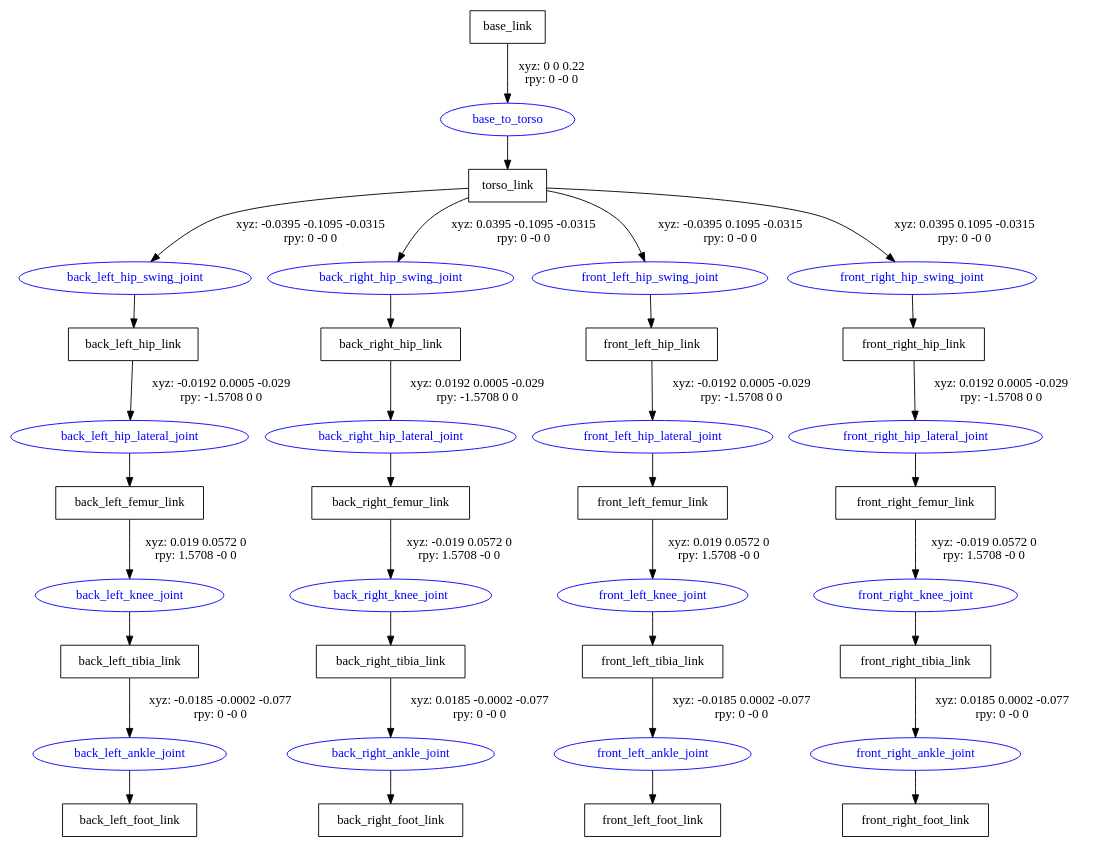
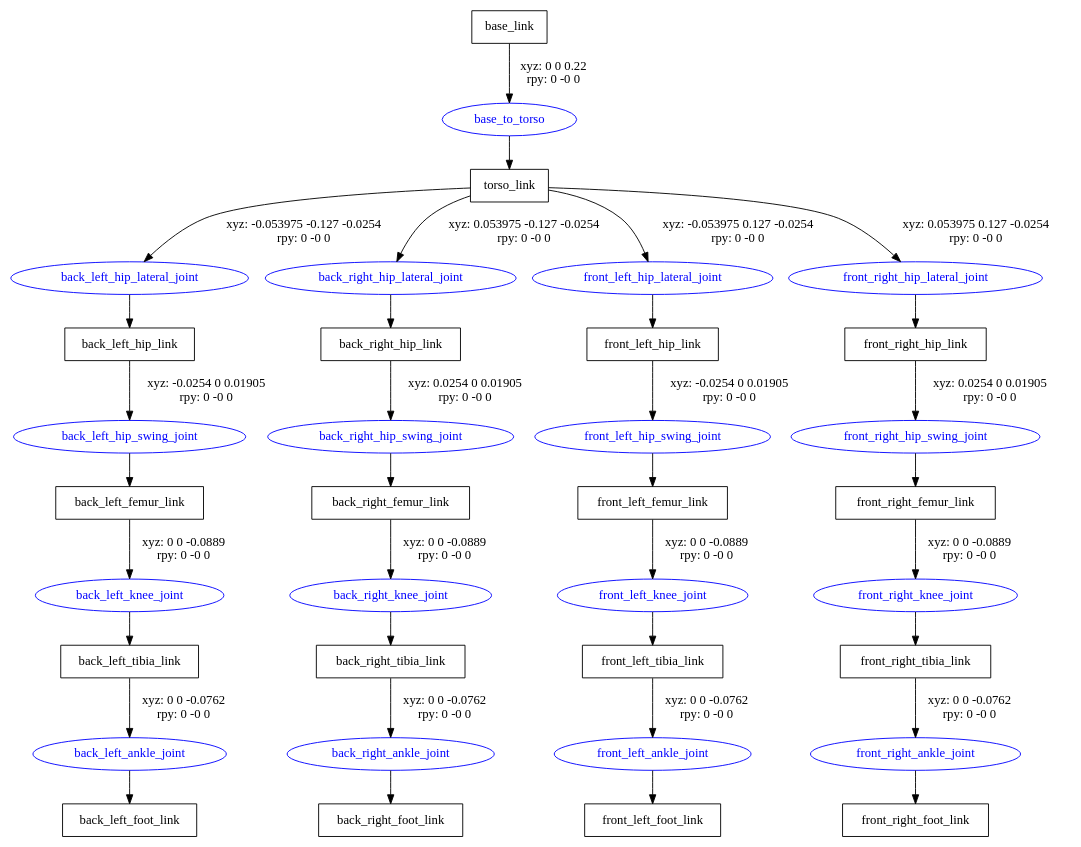
The diagram in src/qp4_description/qp4.gv (sjwaller/ros-qp4), drawn with Graphviz before and after one commit. The commit also changed 10 other files, not shown here.

```diff
--- a/src/qp4_description/qp4.gv
+++ b/src/qp4_description/qp4.gv
@@ -1,56 +1,56 @@
 digraph G {
 node [shape=box];
 "base_link" [label="base_link"];
 "torso_link" [label="torso_link"];
 "back_left_hip_link" [label="back_left_hip_link"];
 "back_left_femur_link" [label="back_left_femur_link"];
 "back_left_tibia_link" [label="back_left_tibia_link"];
 "back_left_foot_link" [label="back_left_foot_link"];
 "back_right_hip_link" [label="back_right_hip_link"];
 "back_right_femur_link" [label="back_right_femur_link"];
 "back_right_tibia_link" [label="back_right_tibia_link"];
 "back_right_foot_link" [label="back_right_foot_link"];
 "front_left_hip_link" [label="front_left_hip_link"];
 "front_left_femur_link" [label="front_left_femur_link"];
 "front_left_tibia_link" [label="front_left_tibia_link"];
 "front_left_foot_link" [label="front_left_foot_link"];
 "front_right_hip_link" [label="front_right_hip_link"];
 "front_right_femur_link" [label="front_right_femur_link"];
 "front_right_tibia_link" [label="front_right_tibia_link"];
 "front_right_foot_link" [label="front_right_foot_link"];
 node [shape=ellipse, color=blue, fontcolor=blue];
 "base_link" -> "base_to_torso" [label="xyz: 0 0 0.22 \nrpy: 0 -0 0"]
 "base_to_torso" -> "torso_link"
-"torso_link" -> "back_left_hip_swing_joint" [label="xyz: -0.0395 -0.1095 -0.0315 \nrpy: 0 -0 0"]
-"back_left_hip_swing_joint" -> "back_left_hip_link"
-"back_left_hip_link" -> "back_left_hip_lateral_joint" [label="xyz: -0.0192 0.0005 -0.029 \nrpy: -1.5708 0 0"]
-"back_left_hip_lateral_joint" -> "back_left_femur_link"
-"back_left_femur_link" -> "back_left_knee_joint" [label="xyz: 0.019 0.0572 0 \nrpy: 1.5708 -0 0"]
+"torso_link" -> "back_left_hip_lateral_joint" [label="xyz: -0.053975 -0.127 -0.0254 \nrpy: 0 -0 0"]
+"back_left_hip_lateral_joint" -> "back_left_hip_link"
+"back_left_hip_link" -> "back_left_hip_swing_joint" [label="xyz: -0.0254 0 0.01905 \nrpy: 0 -0 0"]
+"back_left_hip_swing_joint" -> "back_left_femur_link"
+"back_left_femur_link" -> "back_left_knee_joint" [label="xyz: 0 0 -0.0889 \nrpy: 0 -0 0"]
 "back_left_knee_joint" -> "back_left_tibia_link"
-"back_left_tibia_link" -> "back_left_ankle_joint" [label="xyz: -0.0185 -0.0002 -0.077 \nrpy: 0 -0 0"]
+"back_left_tibia_link" -> "back_left_ankle_joint" [label="xyz: 0 0 -0.0762 \nrpy: 0 -0 0"]
 "back_left_ankle_joint" -> "back_left_foot_link"
-"torso_link" -> "back_right_hip_swing_joint" [label="xyz: 0.0395 -0.1095 -0.0315 \nrpy: 0 -0 0"]
-"back_right_hip_swing_joint" -> "back_right_hip_link"
-"back_right_hip_link" -> "back_right_hip_lateral_joint" [label="xyz: 0.0192 0.0005 -0.029 \nrpy: -1.5708 0 0"]
-"back_right_hip_lateral_joint" -> "back_right_femur_link"
-"back_right_femur_link" -> "back_right_knee_joint" [label="xyz: -0.019 0.0572 0 \nrpy: 1.5708 -0 0"]
+"torso_link" -> "back_right_hip_lateral_joint" [label="xyz: 0.053975 -0.127 -0.0254 \nrpy: 0 -0 0"]
+"back_right_hip_lateral_joint" -> "back_right_hip_link"
+"back_right_hip_link" -> "back_right_hip_swing_joint" [label="xyz: 0.0254 0 0.01905 \nrpy: 0 -0 0"]
+"back_right_hip_swing_joint" -> "back_right_femur_link"
+"back_right_femur_link" -> "back_right_knee_joint" [label="xyz: 0 0 -0.0889 \nrpy: 0 -0 0"]
 "back_right_knee_joint" -> "back_right_tibia_link"
-"back_right_tibia_link" -> "back_right_ankle_joint" [label="xyz: 0.0185 -0.0002 -0.077 \nrpy: 0 -0 0"]
+"back_right_tibia_link" -> "back_right_ankle_joint" [label="xyz: 0 0 -0.0762 \nrpy: 0 -0 0"]
 "back_right_ankle_joint" -> "back_right_foot_link"
-"torso_link" -> "front_left_hip_swing_joint" [label="xyz: -0.0395 0.1095 -0.0315 \nrpy: 0 -0 0"]
-"front_left_hip_swing_joint" -> "front_left_hip_link"
-"front_left_hip_link" -> "front_left_hip_lateral_joint" [label="xyz: -0.0192 0.0005 -0.029 \nrpy: -1.5708 0 0"]
-"front_left_hip_lateral_joint" -> "front_left_femur_link"
-"front_left_femur_link" -> "front_left_knee_joint" [label="xyz: 0.019 0.0572 0 \nrpy: 1.5708 -0 0"]
+"torso_link" -> "front_left_hip_lateral_joint" [label="xyz: -0.053975 0.127 -0.0254 \nrpy: 0 -0 0"]
+"front_left_hip_lateral_joint" -> "front_left_hip_link"
+"front_left_hip_link" -> "front_left_hip_swing_joint" [label="xyz: -0.0254 0 0.01905 \nrpy: 0 -0 0"]
+"front_left_hip_swing_joint" -> "front_left_femur_link"
+"front_left_femur_link" -> "front_left_knee_joint" [label="xyz: 0 0 -0.0889 \nrpy: 0 -0 0"]
 "front_left_knee_joint" -> "front_left_tibia_link"
-"front_left_tibia_link" -> "front_left_ankle_joint" [label="xyz: -0.0185 0.0002 -0.077 \nrpy: 0 -0 0"]
+"front_left_tibia_link" -> "front_left_ankle_joint" [label="xyz: 0 0 -0.0762 \nrpy: 0 -0 0"]
 "front_left_ankle_joint" -> "front_left_foot_link"
-"torso_link" -> "front_right_hip_swing_joint" [label="xyz: 0.0395 0.1095 -0.0315 \nrpy: 0 -0 0"]
-"front_right_hip_swing_joint" -> "front_right_hip_link"
-"front_right_hip_link" -> "front_right_hip_lateral_joint" [label="xyz: 0.0192 0.0005 -0.029 \nrpy: -1.5708 0 0"]
-"front_right_hip_lateral_joint" -> "front_right_femur_link"
-"front_right_femur_link" -> "front_right_knee_joint" [label="xyz: -0.019 0.0572 0 \nrpy: 1.5708 -0 0"]
+"torso_link" -> "front_right_hip_lateral_joint" [label="xyz: 0.053975 0.127 -0.0254 \nrpy: 0 -0 0"]
+"front_right_hip_lateral_joint" -> "front_right_hip_link"
+"front_right_hip_link" -> "front_right_hip_swing_joint" [label="xyz: 0.0254 0 0.01905 \nrpy: 0 -0 0"]
+"front_right_hip_swing_joint" -> "front_right_femur_link"
+"front_right_femur_link" -> "front_right_knee_joint" [label="xyz: 0 0 -0.0889 \nrpy: 0 -0 0"]
 "front_right_knee_joint" -> "front_right_tibia_link"
-"front_right_tibia_link" -> "front_right_ankle_joint" [label="xyz: 0.0185 0.0002 -0.077 \nrpy: 0 -0 0"]
+"front_right_tibia_link" -> "front_right_ankle_joint" [label="xyz: 0 0 -0.0762 \nrpy: 0 -0 0"]
 "front_right_ankle_joint" -> "front_right_foot_link"
 }
```
